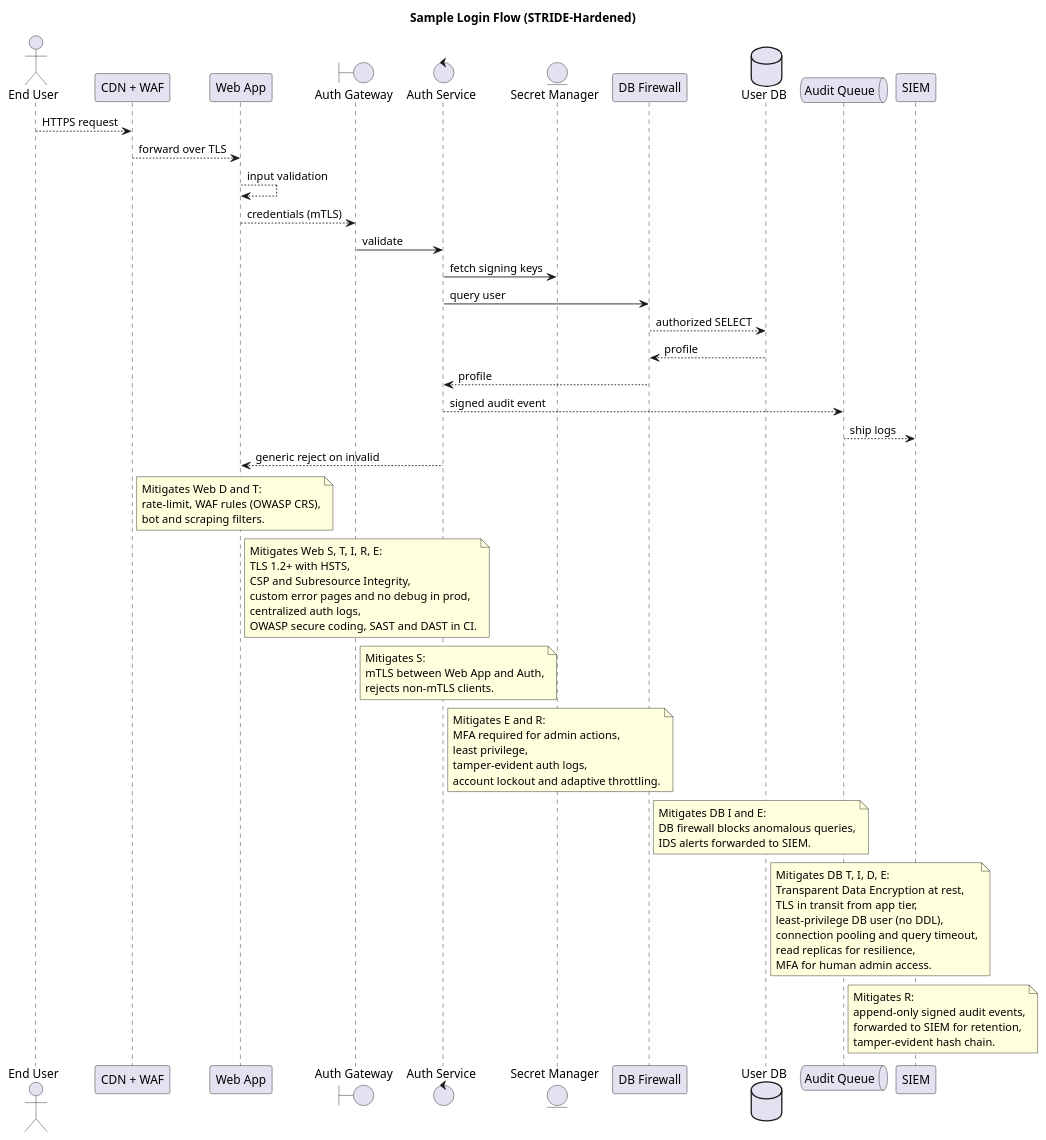
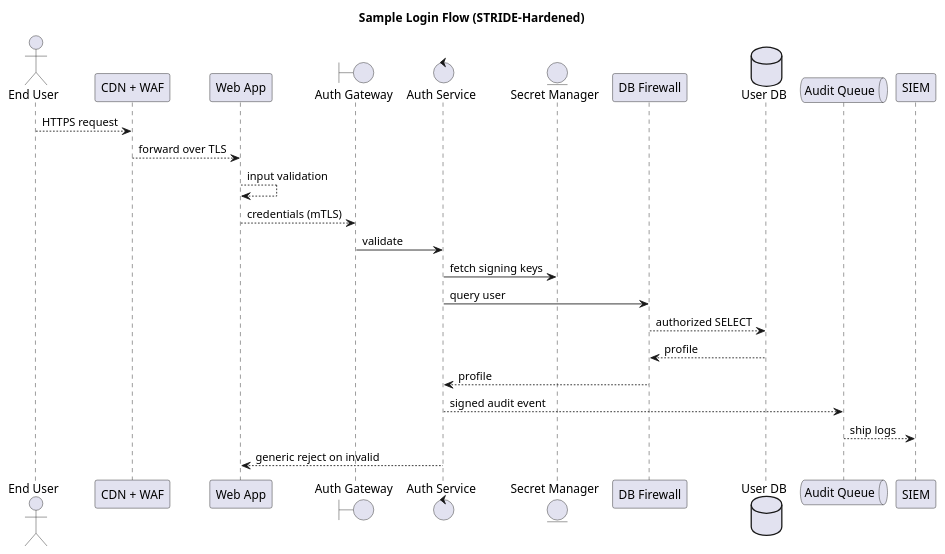
One commit to rizkyJabar5/analysis-design changed the diagram in sample.puml. Above: the diagram before and after it, drawn with PlantUML.

Commit message:
`Removed notes and comments from sample.puml file`

```diff
--- a/sample.puml
+++ b/sample.puml
@@ -1,83 +1,30 @@
 @startuml secure-login-flow
 ' Sample PUML for parser tests — hardened against the STRIDE findings from the backend.
 title Sample Login Flow (STRIDE-Hardened)
 skinparam shadowing false
 
 actor "End User" as user
 participant "CDN + WAF" as waf
 participant "Web App" as web
 boundary "Auth Gateway" as authgw
 control     "Auth Service"   as auth
 entity      "Secret Manager" as vault
 participant "DB Firewall"    as dbfw
 database    "User DB"        as udb
 queue       "Audit Queue"    as q
 participant "SIEM"           as siem
 
 user   -->  waf    : HTTPS request
 waf    -->  web    : forward over TLS
 web    -->  web    : input validation
 web    --> authgw : credentials (mTLS)
 authgw ->  auth   : validate
 auth   ->  vault  : fetch signing keys
 auth   ->  dbfw   : query user
 dbfw   -->  udb    : authorized SELECT
 udb    --> dbfw   : profile
 dbfw   --> auth   : profile
 auth   --> q      : signed audit event
 q      --> siem   : ship logs
 auth   --> web    : generic reject on invalid
-
-note right of waf
-  Mitigates Web D and T:
-  rate-limit, WAF rules (OWASP CRS),
-  bot and scraping filters.
-end note
-
-note right of web
-  Mitigates Web S, T, I, R, E:
-  TLS 1.2+ with HSTS,
-  CSP and Subresource Integrity,
-  custom error pages and no debug in prod,
-  centralized auth logs,
-  OWASP secure coding, SAST and DAST in CI.
-end note
-
-note right of authgw
-  Mitigates S:
-  mTLS between Web App and Auth,
-  rejects non-mTLS clients.
-end note
-
-note right of auth
-  Mitigates E and R:
-  MFA required for admin actions,
-  least privilege,
-  tamper-evident auth logs,
-  account lockout and adaptive throttling.
-end note
-
-note right of dbfw
-  Mitigates DB I and E:
-  DB firewall blocks anomalous queries,
-  IDS alerts forwarded to SIEM.
-end note
-
-note right of udb
-  Mitigates DB T, I, D, E:
-  Transparent Data Encryption at rest,
-  TLS in transit from app tier,
-  least-privilege DB user (no DDL),
-  connection pooling and query timeout,
-  read replicas for resilience,
-  MFA for human admin access.
-end note
-
-note right of q
-  Mitigates R:
-  append-only signed audit events,
-  forwarded to SIEM for retention,
-  tamper-evident hash chain.
-end note
-
 @enduml
```
